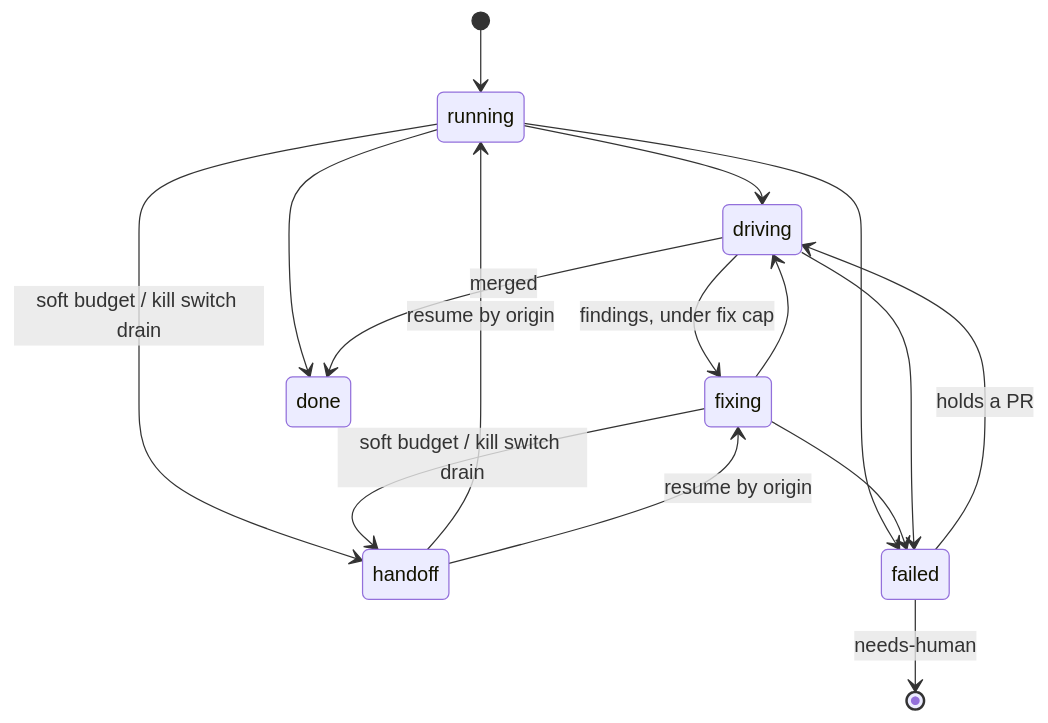
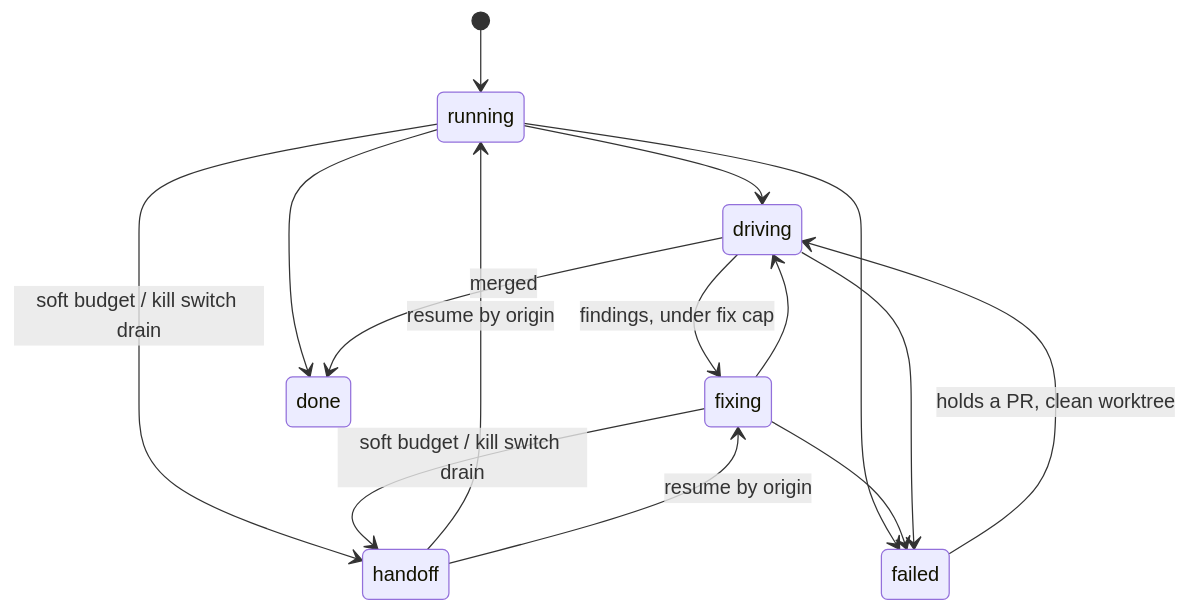
One commit to herehigher/sapwood changed the diagram in docs/dev-guide/05-core-modules.md. Above: the diagram before and after it, drawn with Mermaid. The commit also changed other lines of this file and 1 other file, not shown here.

Commit message:
docs: diagram-style.md scopes styling claims to the redraw spec (SVGs are placeholders); lifecycle rescue label needs a clean worktree, no terminal needs-human edge (#1146)

````diff
--- a/docs/dev-guide/05-core-modules.md
+++ b/docs/dev-guide/05-core-modules.md
@@ -15,18 +15,17 @@
 ```mermaid
 stateDiagram-v2
 [*] --> running
 running --> driving
 driving --> fixing: findings, under fix cap
 fixing --> driving
 running --> handoff: soft budget / kill switch drain
 fixing --> handoff: soft budget / kill switch drain
 handoff --> running: resume by origin
 handoff --> fixing: resume by origin
 running --> done
 driving --> done: merged
 running --> failed
 fixing --> failed
 driving --> failed
-failed --> driving: holds a PR
-failed --> [*]: needs-human
+failed --> driving: holds a PR, clean worktree
 ```
````
